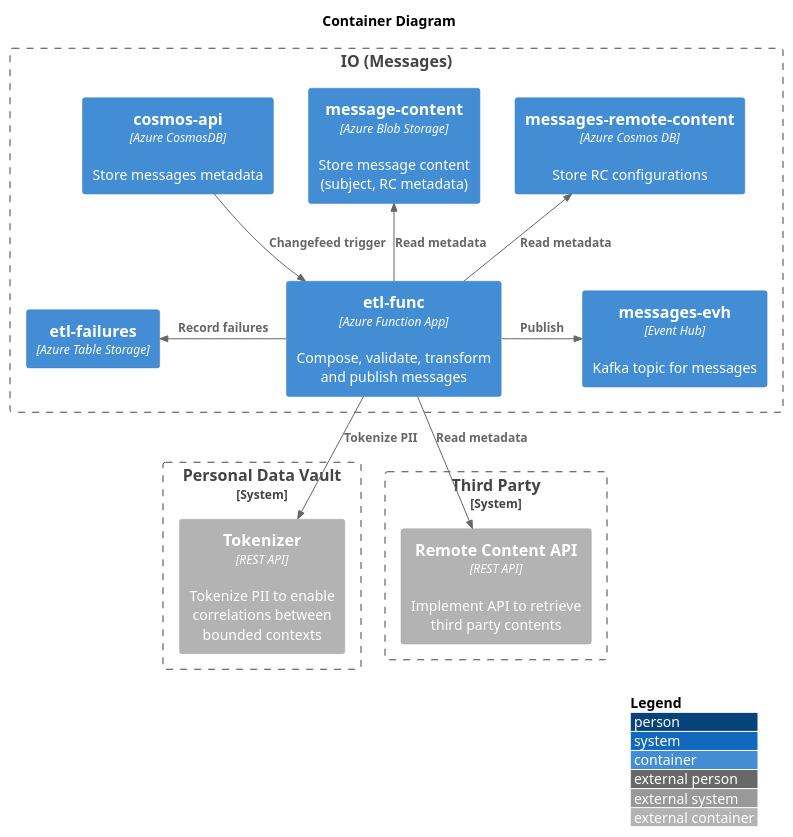
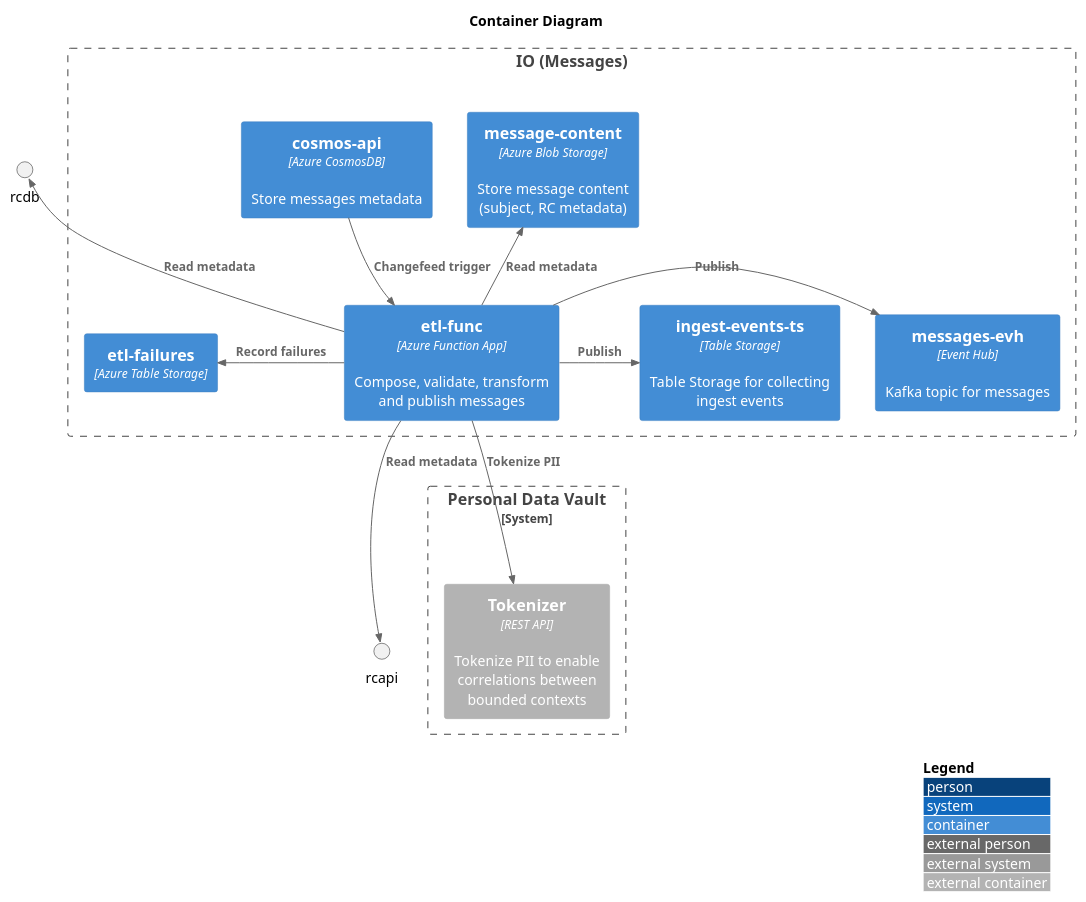
Before and after one commit to pagopa/io-messages: the diagram in docs/data-plan/container.puml, drawn with PlantUML.

Commit message:
docs: remove remote-content from context diagram and add the table storage

```diff
--- a/docs/data-plan/container.puml
+++ b/docs/data-plan/container.puml
@@ -1,36 +1,33 @@
 @startuml data-plan-container
 !include <C4/C4_Context>
 !include <C4/C4_Container>
 
 LAYOUT_WITH_LEGEND()
 
 title Container Diagram
 
 Boundary(io, "IO (Messages)") {
   Container(apidb, "cosmos-api", "Azure CosmosDB", "Store messages metadata")
   Container(msgst, "message-content", "Azure Blob Storage", "Store message content (subject, RC metadata)")
   Container(etlfn, "etl-func", "Azure Function App", "Compose, validate, transform and publish messages")
-  Container(rcdb, "messages-remote-content", "Azure Cosmos DB", "Store RC configurations")
   Container(msgevh, "messages-evh", "Event Hub", "Kafka topic for messages")
+  Container(msgsentevents, "ingest-events-ts", "Table Storage", "Table Storage for collecting ingest events")
   Container(failtable, "etl-failures", "Azure Table Storage")
 }
 
 Rel_D(apidb, etlfn, "Changefeed trigger")
 Rel_R(etlfn, msgevh, "Publish")
+Rel_R(etlfn, msgsentevents, "Publish")
 
 Rel_U(etlfn, msgst, "Read metadata")
 Rel_U(etlfn, rcdb, "Read metadata")
 Rel_L(etlfn, failtable, "Record failures")
 
 System_Boundary(pdv, "Personal Data Vault") {
   Container_Ext(tok, "Tokenizer", "REST API", "Tokenize PII to enable correlations between bounded contexts")
 }
 
-System_Boundary(tpsys, "Third Party") {
-  Container_Ext(rcapi, "Remote Content API", "REST API", "Implement API to retrieve third party contents")
-}
-
 Rel_D(etlfn, tok, "Tokenize PII")
 Rel_D(etlfn, rcapi, "Read metadata")
 
 @enduml
```
